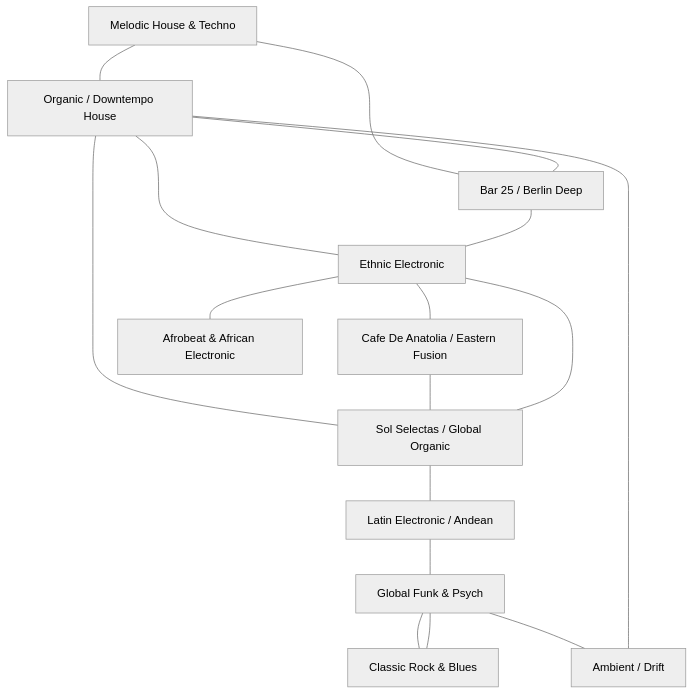
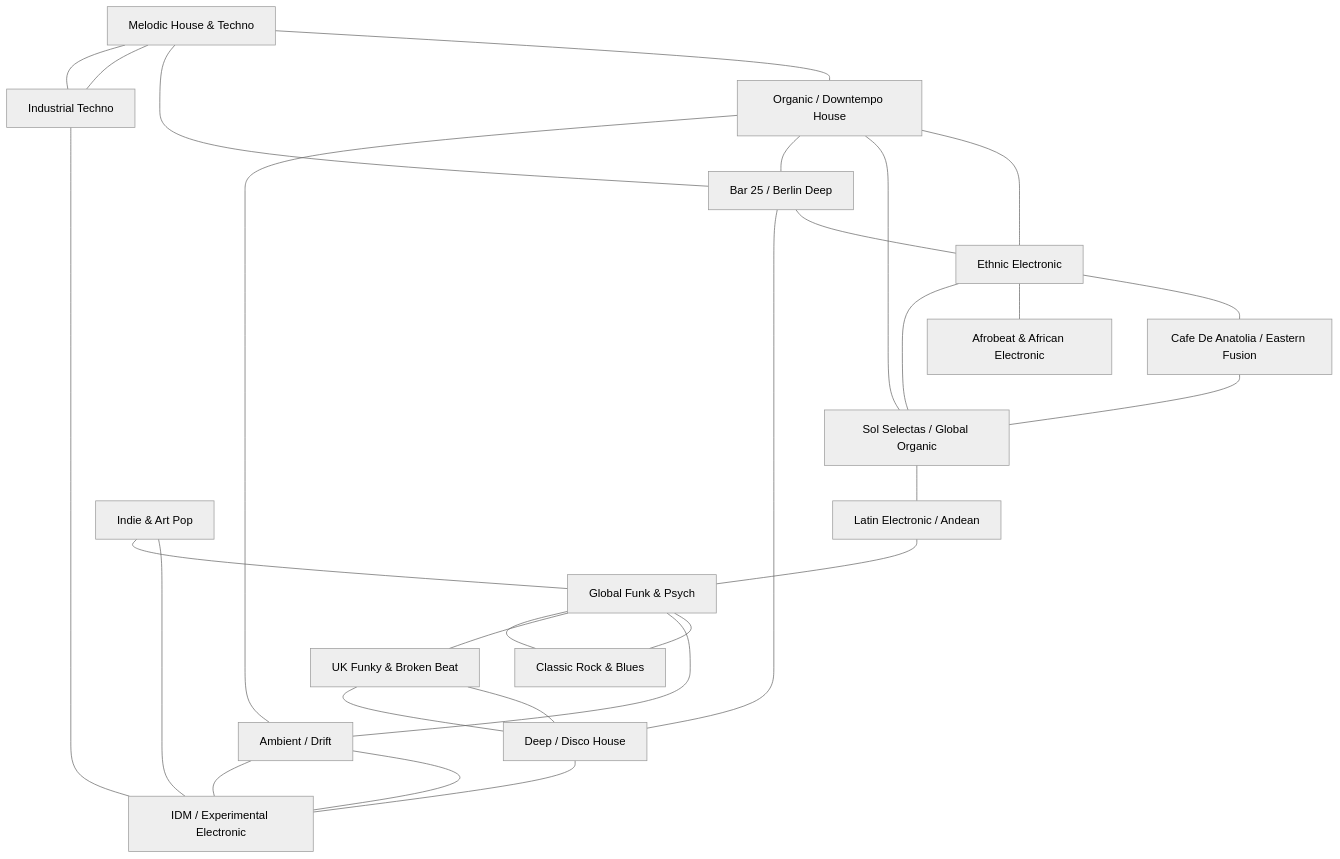
One commit to calenwalshe/dotfiles changed the diagram in projects/yt_dj/docs/music-genome.md. Above: the diagram before and after it, drawn with Mermaid (neutral theme). The commit also changed other lines of this file and 83 other files, not shown here.

````diff
--- a/projects/yt_dj/docs/music-genome.md
+++ b/projects/yt_dj/docs/music-genome.md
@@ -16,31 +16,48 @@
 ```mermaid
 graph TD
     MH[Melodic House & Techno]
     OH[Organic / Downtempo House]
     EE[Ethnic Electronic]
     CDA[Cafe De Anatolia / Eastern Fusion]
     SS[Sol Selectas / Global Organic]
     LE[Latin Electronic / Andean]
     B25[Bar 25 / Berlin Deep]
     GF[Global Funk & Psych]
     CR[Classic Rock & Blues]
     AM[Ambient / Drift]
     AF[Afrobeat & African Electronic]
+    DH[Deep / Disco House]
+    UK[UK Funky & Broken Beat]
+    IT[Industrial Techno]
+    IDM[IDM / Experimental Electronic]
+    IND[Indie & Art Pop]
 
     MH --- OH
     MH --- B25
+    MH --- IT
     OH --- EE
     OH --- SS
     OH --- B25
     EE --- CDA
     EE --- AF
     CDA --- SS
     SS --- LE
     SS --- EE
     LE --- GF
     GF --- CR
     GF --- AM
+    GF --- UK
     AM --- OH
+    AM --- IDM
     B25 --- EE
+    B25 --- DH
     CR --- GF
+    DH --- UK
+    DH --- IDM
+    UK --- DH
+    IT --- MH
+    IT --- IDM
+    IDM --- AM
+    IND --- IDM
+    IND --- GF
 ```
````
